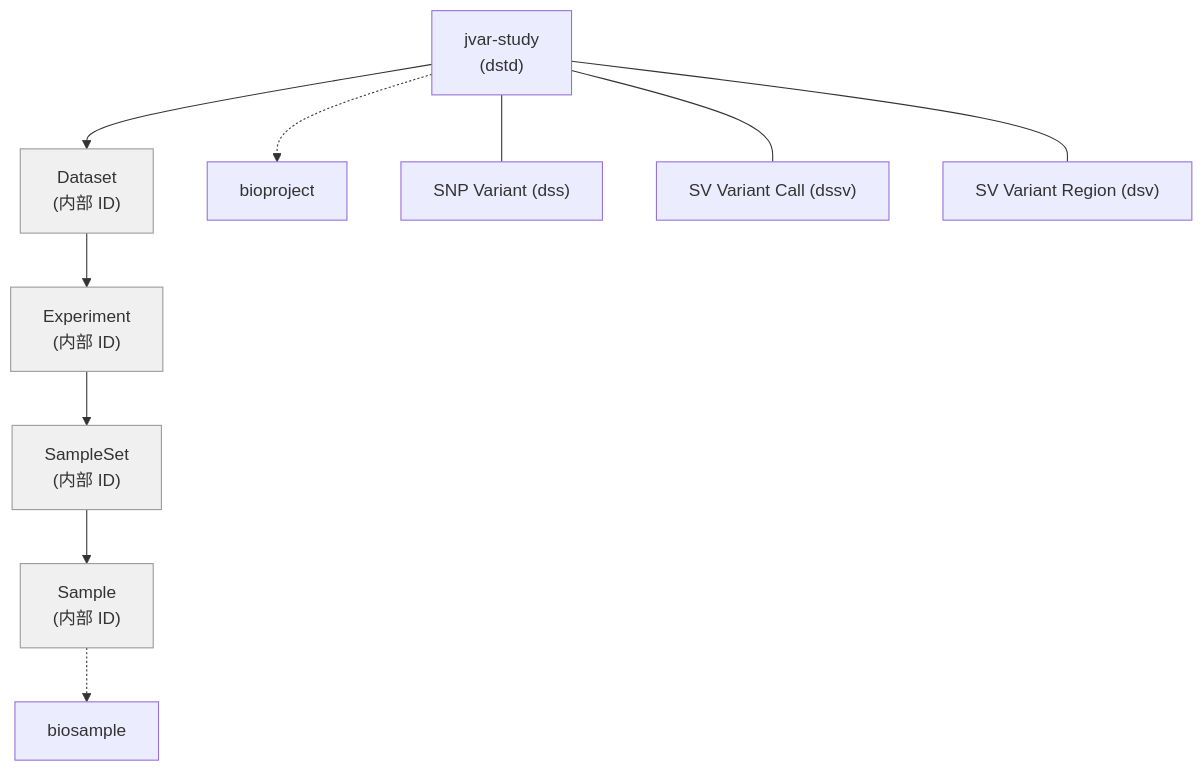
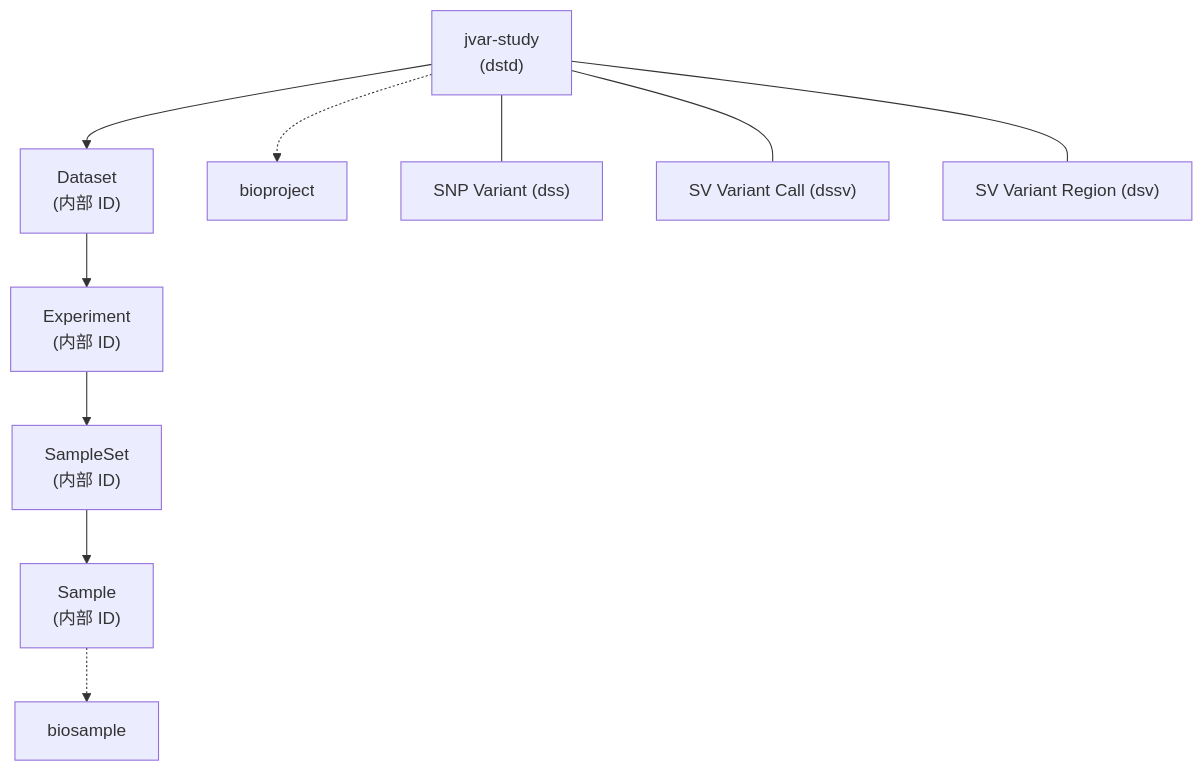
Before and after one commit to ddbj/record-idm: the fifth of 5 diagrams in docs/relations.md, drawn with Mermaid. The commit also changed other lines of this file and 3 other files, not shown here.

````diff
--- a/docs/relations.md
+++ b/docs/relations.md
@@ -170,19 +170,14 @@
 ```mermaid
 graph TD
     dstd["jvar-study<br>(dstd)"] --> Dataset["Dataset<br>(内部 ID)"]
     Dataset --> Experiment["Experiment<br>(内部 ID)"]
     Experiment --> SampleSet["SampleSet<br>(内部 ID)"]
     SampleSet --> Sample["Sample<br>(内部 ID)"]
 
     dstd -.-> BP[bioproject]
     Sample -.-> BS[biosample]
 
     dstd --- dss["SNP Variant (dss)"]
     dstd --- dssv["SV Variant Call (dssv)"]
     dstd --- dsv["SV Variant Region (dsv)"]
-
-    style Dataset fill:#f0f0f0,stroke:#999
-    style Experiment fill:#f0f0f0,stroke:#999
-    style SampleSet fill:#f0f0f0,stroke:#999
-    style Sample fill:#f0f0f0,stroke:#999
 ```
````
